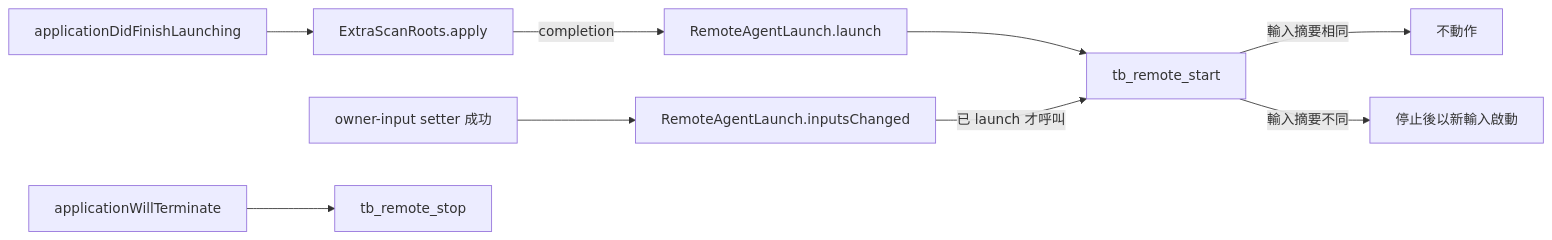
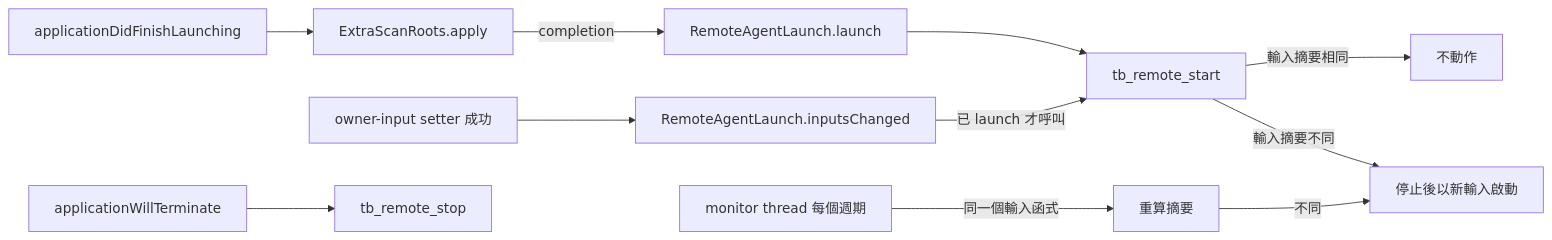
Before and after one commit to Nanako0129/syrtis: the diagram in docs/knowledge/remote-agent.md, drawn with Mermaid. The commit also changed other lines of this file and 8 other files, not shown here.

````diff
--- a/docs/knowledge/remote-agent.md
+++ b/docs/knowledge/remote-agent.md
@@ -43,11 +43,13 @@
 ```mermaid
 flowchart LR
     LAUNCH[applicationDidFinishLaunching] --> APPLY[ExtraScanRoots.apply]
     APPLY -->|completion| START[RemoteAgentLaunch.launch]
     SETTER[owner-input setter 成功] --> CHANGED[RemoteAgentLaunch.inputsChanged]
     START --> FFI[tb_remote_start]
     CHANGED -->|已 launch 才呼叫| FFI
     FFI -->|輸入摘要相同| NOOP[不動作]
     FFI -->|輸入摘要不同| RESTART[停止後以新輸入啟動]
+    MONITOR[monitor thread 每個週期] -->|同一個輸入函式| RECHECK[重算摘要]
+    RECHECK -->|不同| RESTART
     QUIT[applicationWillTerminate] --> STOP[tb_remote_stop]
 ```
````
